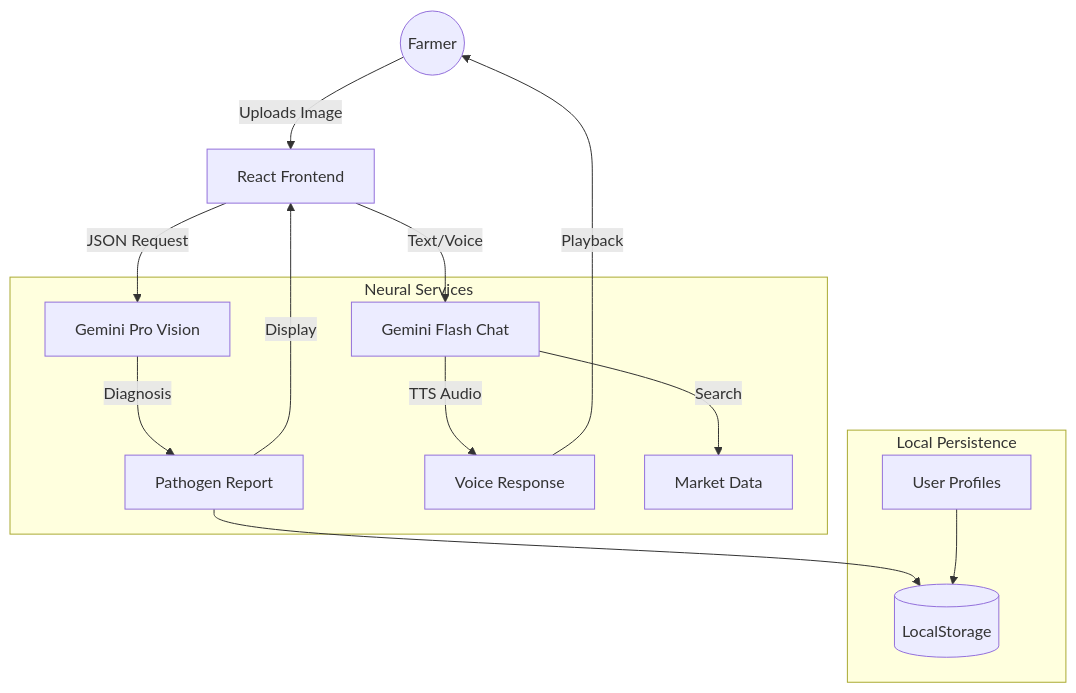
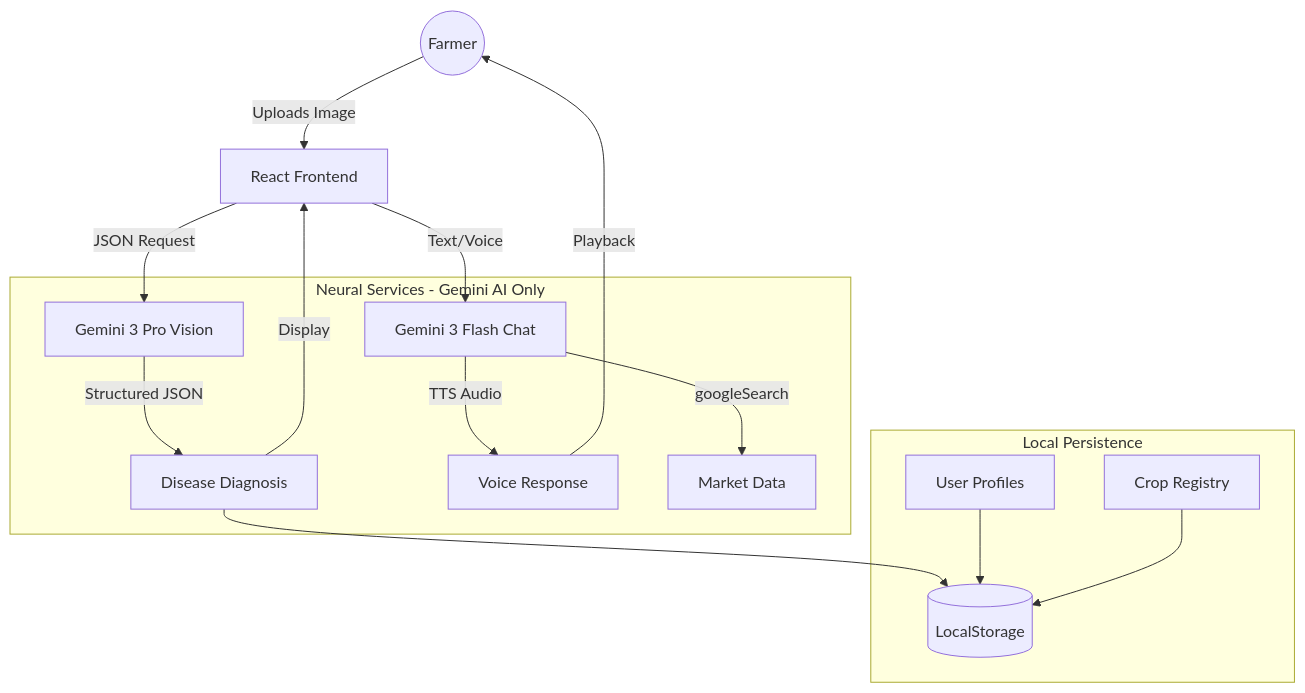
The diagram in README.md (Tharungowdapr/AGRI-AI), drawn with Mermaid before and after one commit. The commit also changed other lines of this file and 3 other files, not shown here.

````diff
--- a/README.md
+++ b/README.md
@@ -75,20 +339,21 @@
 ```mermaid
 graph TD
     User((Farmer)) -->|Uploads Image| UI[React Frontend]
-    UI -->|JSON Request| Vision[Gemini Pro Vision]
-    UI -->|Text/Voice| Chat[Gemini Flash Chat]
+    UI -->|JSON Request| Vision[Gemini 3 Pro Vision]
+    UI -->|Text/Voice| Chat[Gemini 3 Flash Chat]
     
-    subgraph "Neural Services"
-        Vision -->|Diagnosis| Analysis[Pathogen Report]
+    subgraph "Neural Services - Gemini AI Only"
+        Vision -->|Structured JSON| Analysis[Disease Diagnosis]
         Chat -->|TTS Audio| Audio[Voice Response]
-        Chat -->|Search| Search[Market Data]
+        Chat -->|googleSearch| Search[Market Data]
     end
     
     subgraph "Local Persistence"
         Analysis --> DB[(LocalStorage)]
         UserDB[User Profiles] --> DB
+        CropDB[Crop Registry] --> DB
     end
     
     Analysis -->|Display| UI
     Audio -->|Playback| User
 ```
````
